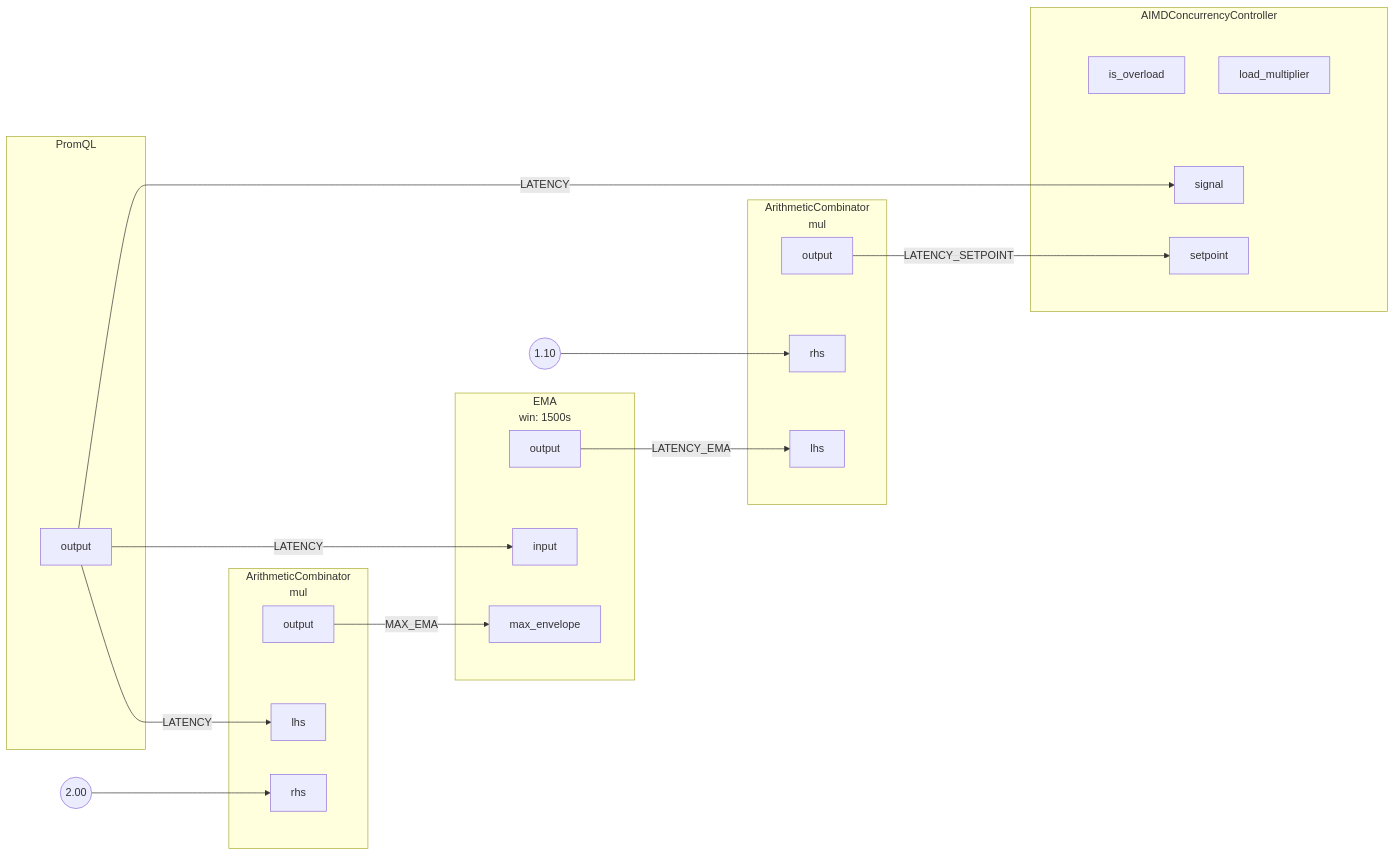
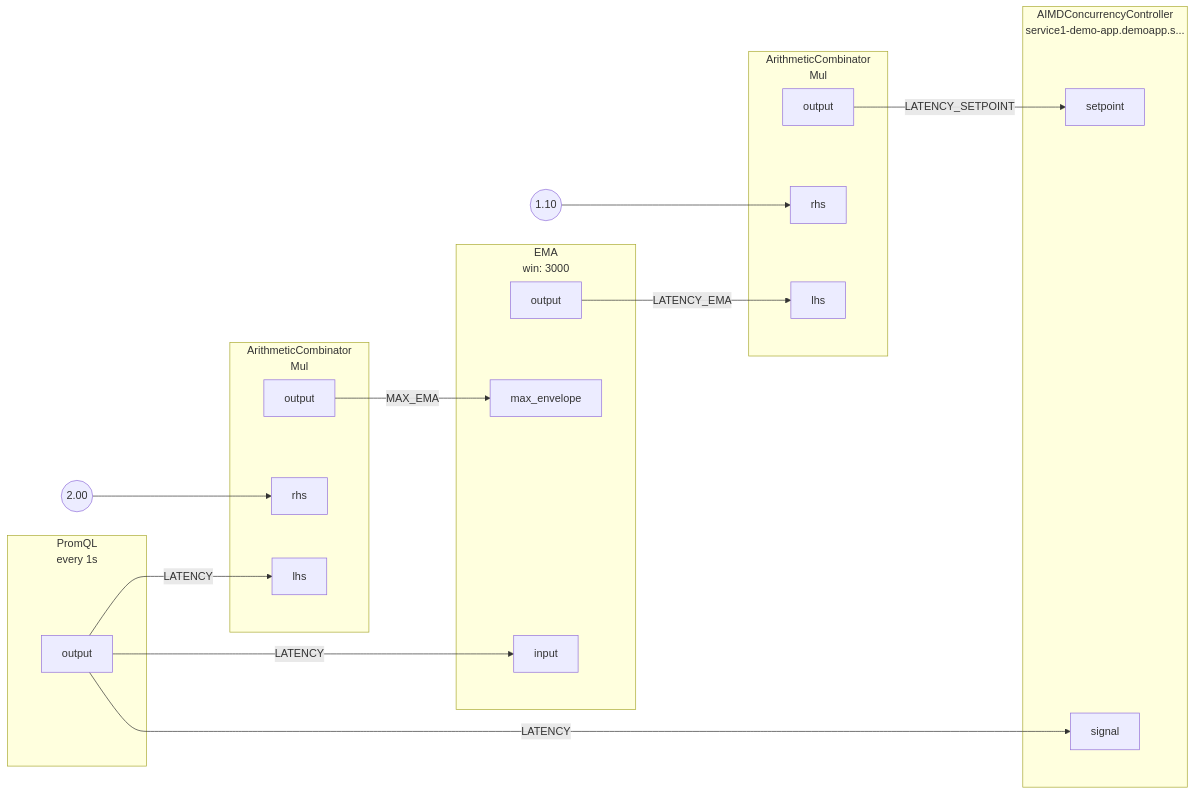
The diagram in docs/content/tutorials/integrations/flow-control/concurrency-limiting/assets/workload-prioritization/workload-prioritization.mmd (dataongunlaws/aperture), drawn with Mermaid before and after one commit. The commit also changed 60 other files, not shown here.

First line of the commit message:
mermaid: do not render unused ports (#1218)

```diff
--- a/docs/content/tutorials/integrations/flow-control/concurrency-limiting/assets/workload-prioritization/workload-prioritization.mmd
+++ b/docs/content/tutorials/integrations/flow-control/concurrency-limiting/assets/workload-prioritization/workload-prioritization.mmd
@@ -1,62 +1,60 @@
 flowchart LR
-subgraph root.0[PromQL]
+subgraph root.0[<center>PromQL<br/>every 1s</center>]
 subgraph root.0_outports[ ]
 style root.0_outports fill:none,stroke:none
 root.0output[output]
 end
 end
-subgraph root.1[<center>ArithmeticCombinator<br/>mul</center>]
+FakeConstant0((2.00))
+FakeConstant0 --> root.1rhs
+subgraph root.1[<center>ArithmeticCombinator<br/>Mul</center>]
 subgraph root.1_inports[ ]
 style root.1_inports fill:none,stroke:none
+root.1rhs[rhs]
 root.1lhs[lhs]
-root.1rhs[rhs]
 end
 subgraph root.1_outports[ ]
 style root.1_outports fill:none,stroke:none
 root.1output[output]
 end
 end
-FakeConstant0((2.00))
-FakeConstant0 --> root.1rhs
-subgraph root.2[<center>ArithmeticCombinator<br/>mul</center>]
+FakeConstant1((1.10))
+FakeConstant1 --> root.2rhs
+subgraph root.2[<center>ArithmeticCombinator<br/>Mul</center>]
 subgraph root.2_inports[ ]
 style root.2_inports fill:none,stroke:none
 root.2lhs[lhs]
 root.2rhs[rhs]
 end
 subgraph root.2_outports[ ]
 style root.2_outports fill:none,stroke:none
 root.2output[output]
 end
 end
-FakeConstant1((1.10))
-FakeConstant1 --> root.2rhs
-subgraph root.3[<center>EMA<br/>win: 1500s</center>]
+subgraph root.3[<center>EMA<br/>win: 3000</center>]
 subgraph root.3_inports[ ]
 style root.3_inports fill:none,stroke:none
+root.3max_envelope[max_envelope]
 root.3input[input]
-root.3max_envelope[max_envelope]
 end
 subgraph root.3_outports[ ]
 style root.3_outports fill:none,stroke:none
 root.3output[output]
 end
 end
-subgraph root.4[AIMDConcurrencyController]
+subgraph root.4[<center>AIMDConcurrencyController<br/>service1-demo-app.demoapp.s...</center>]
 subgraph root.4_inports[ ]
 style root.4_inports fill:none,stroke:none
 root.4setpoint[setpoint]
 root.4signal[signal]
 end
 subgraph root.4_outports[ ]
 style root.4_outports fill:none,stroke:none
-root.4is_overload[is_overload]
-root.4load_multiplier[load_multiplier]
 end
 end
 root.0output --> |LATENCY| root.1lhs
 root.0output --> |LATENCY| root.3input
 root.0output --> |LATENCY| root.4signal
 root.1output --> |MAX_EMA| root.3max_envelope
 root.2output --> |LATENCY_SETPOINT| root.4setpoint
 root.3output --> |LATENCY_EMA| root.2lhs
```
